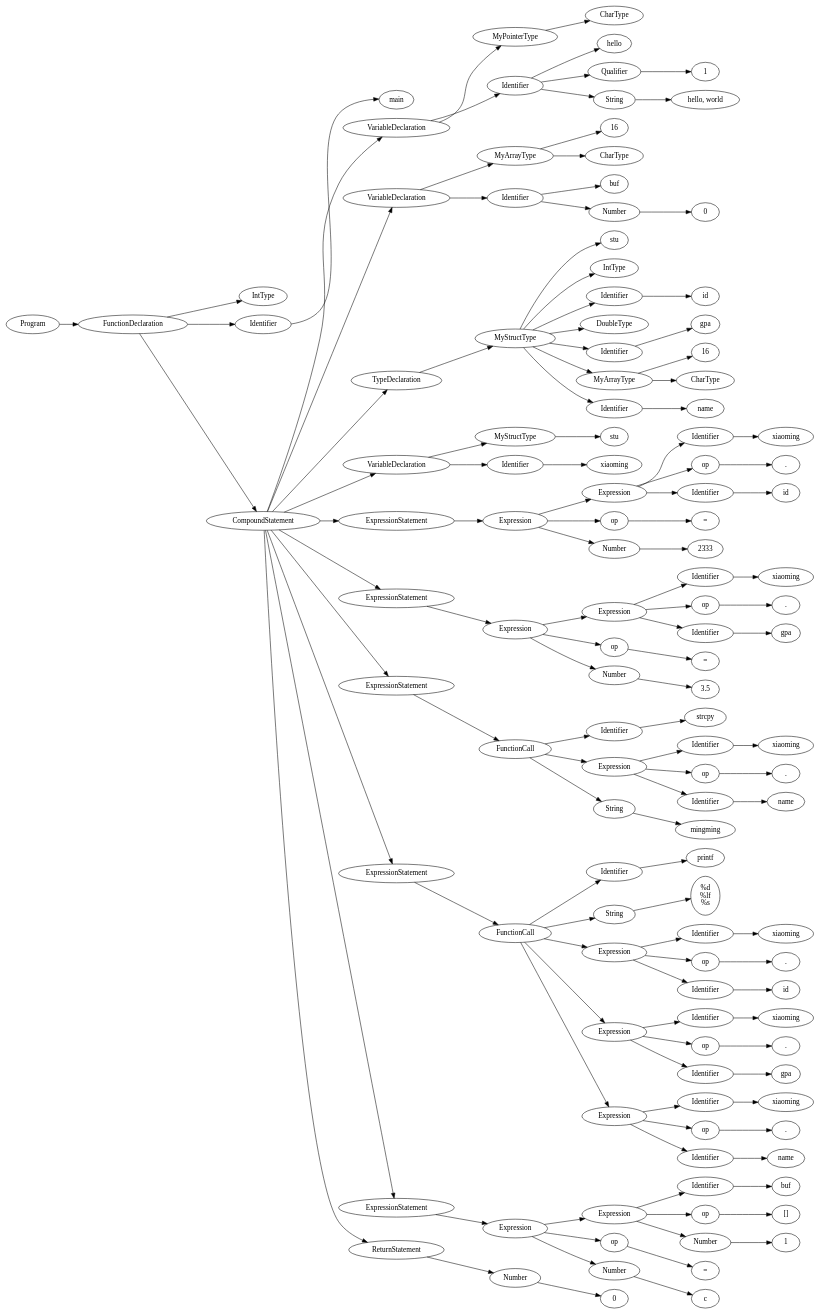
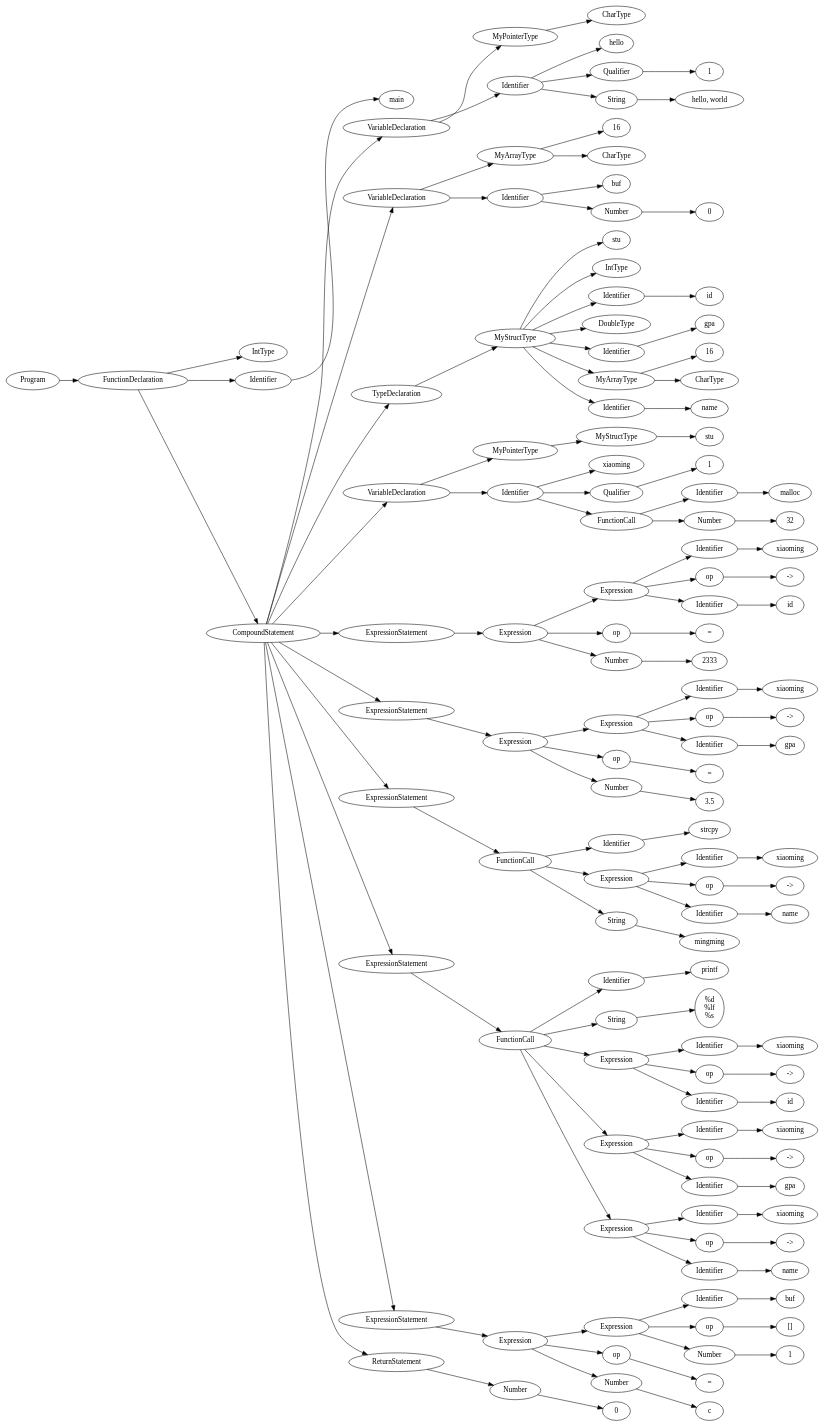
Before and after one commit to Esifiel/compiler: the diagram in src/tmp/ast_auto-advisor.dot, drawn with Graphviz. The commit also changed 14 other files, not shown here.

```diff
--- a/src/tmp/ast_auto-advisor.dot
+++ b/src/tmp/ast_auto-advisor.dot
@@ -76,102 +76,118 @@
 	Identifier35 -> name
 	VariableDeclaration37 [label=VariableDeclaration]
 	CompoundStatement -> VariableDeclaration37
-	MyStructType38 [label=MyStructType]
-	VariableDeclaration37 -> MyStructType38
-	stu39 [label=stu]
-	MyStructType38 -> stu39
-	Identifier40 [label=Identifier]
-	VariableDeclaration37 -> Identifier40
+	MyPointerType38 [label=MyPointerType]
+	VariableDeclaration37 -> MyPointerType38
+	MyStructType39 [label=MyStructType]
+	MyPointerType38 -> MyStructType39
+	stu40 [label=stu]
+	MyStructType39 -> stu40
+	Identifier41 [label=Identifier]
+	VariableDeclaration37 -> Identifier41
 	xiaoming [label=xiaoming]
-	Identifier40 -> xiaoming
+	Identifier41 -> xiaoming
+	Qualifier43 [label=Qualifier]
+	Identifier41 -> Qualifier43
+	144 [label=1]
+	Qualifier43 -> 144
+	FunctionCall [label=FunctionCall]
+	Identifier41 -> FunctionCall
+	Identifier46 [label=Identifier]
+	FunctionCall -> Identifier46
+	malloc [label=malloc]
+	Identifier46 -> malloc
+	Number48 [label=Number]
+	FunctionCall -> Number48
+	32 [label=32]
+	Number48 -> 32
 	ExpressionStatement [label=ExpressionStatement]
 	CompoundStatement -> ExpressionStatement
 	Expression [label=Expression]
 	ExpressionStatement -> Expression
-	Expression44 [label=Expression]
-	Expression -> Expression44
-	Identifier45 [label=Identifier]
-	Expression44 -> Identifier45
-	xiaoming46 [label=xiaoming]
-	Identifier45 -> xiaoming46
+	Expression52 [label=Expression]
+	Expression -> Expression52
+	Identifier53 [label=Identifier]
+	Expression52 -> Identifier53
+	xiaoming54 [label=xiaoming]
+	Identifier53 -> xiaoming54
 	op [label=op]
-	Expression44 -> op
-	"." [label="."]
-	op -> "."
-	Identifier49 [label=Identifier]
-	Expression44 -> Identifier49
-	id50 [label=id]
-	Identifier49 -> id50
-	op51 [label=op]
-	Expression -> op51
+	Expression52 -> op
+	"->" [label="->"]
+	op -> "->"
+	Identifier57 [label=Identifier]
+	Expression52 -> Identifier57
+	id58 [label=id]
+	Identifier57 -> id58
+	op59 [label=op]
+	Expression -> op59
 	"=" [label="="]
-	op51 -> "="
-	Number53 [label=Number]
-	Expression -> Number53
+	op59 -> "="
+	Number61 [label=Number]
+	Expression -> Number61
 	2333 [label=2333]
-	Number53 -> 2333
-	ExpressionStatement55 [label=ExpressionStatement]
-	CompoundStatement -> ExpressionStatement55
-	Expression56 [label=Expression]
-	ExpressionStatement55 -> Expression56
-	Expression57 [label=Expression]
-	Expression56 -> Expression57
-	Identifier58 [label=Identifier]
-	Expression57 -> Identifier58
-	xiaoming59 [label=xiaoming]
-	Identifier58 -> xiaoming59
-	op60 [label=op]
-	Expression57 -> op60
-	.61 [label="."]
-	op60 -> .61
-	Identifier62 [label=Identifier]
-	Expression57 -> Identifier62
-	gpa63 [label=gpa]
-	Identifier62 -> gpa63
-	op64 [label=op]
-	Expression56 -> op64
-	"=65" [label="="]
-	op64 -> "=65"
-	Number66 [label=Number]
-	Expression56 -> Number66
+	Number61 -> 2333
+	ExpressionStatement63 [label=ExpressionStatement]
+	CompoundStatement -> ExpressionStatement63
+	Expression64 [label=Expression]
+	ExpressionStatement63 -> Expression64
+	Expression65 [label=Expression]
+	Expression64 -> Expression65
+	Identifier66 [label=Identifier]
+	Expression65 -> Identifier66
+	xiaoming67 [label=xiaoming]
+	Identifier66 -> xiaoming67
+	op68 [label=op]
+	Expression65 -> op68
+	"->69" [label="->"]
+	op68 -> "->69"
+	Identifier70 [label=Identifier]
+	Expression65 -> Identifier70
+	gpa71 [label=gpa]
+	Identifier70 -> gpa71
+	op72 [label=op]
+	Expression64 -> op72
+	"=73" [label="="]
+	op72 -> "=73"
+	Number74 [label=Number]
+	Expression64 -> Number74
 	3.5 [label=3.5]
-	Number66 -> 3.5
-	ExpressionStatement68 [label=ExpressionStatement]
-	CompoundStatement -> ExpressionStatement68
-	FunctionCall [label=FunctionCall]
-	ExpressionStatement68 -> FunctionCall
-	Identifier70 [label=Identifier]
-	FunctionCall -> Identifier70
+	Number74 -> 3.5
+	ExpressionStatement76 [label=ExpressionStatement]
+	CompoundStatement -> ExpressionStatement76
+	FunctionCall77 [label=FunctionCall]
+	ExpressionStatement76 -> FunctionCall77
+	Identifier78 [label=Identifier]
+	FunctionCall77 -> Identifier78
 	strcpy [label=strcpy]
-	Identifier70 -> strcpy
-	Expression72 [label=Expression]
-	FunctionCall -> Expression72
-	Identifier73 [label=Identifier]
-	Expression72 -> Identifier73
-	xiaoming74 [label=xiaoming]
-	Identifier73 -> xiaoming74
-	op75 [label=op]
-	Expression72 -> op75
-	.76 [label="."]
-	op75 -> .76
-	Identifier77 [label=Identifier]
-	Expression72 -> Identifier77
-	name78 [label=name]
-	Identifier77 -> name78
-	String79 [label=String]
-	FunctionCall -> String79
+	Identifier78 -> strcpy
+	Expression80 [label=Expression]
+	FunctionCall77 -> Expression80
+	Identifier81 [label=Identifier]
+	Expression80 -> Identifier81
+	xiaoming82 [label=xiaoming]
+	Identifier81 -> xiaoming82
+	op83 [label=op]
+	Expression80 -> op83
+	"->84" [label="->"]
+	op83 -> "->84"
+	Identifier85 [label=Identifier]
+	Expression80 -> Identifier85
+	name86 [label=name]
+	Identifier85 -> name86
+	String87 [label=String]
+	FunctionCall77 -> String87
 	mingming [label=mingming]
-	String79 -> mingming
-	ExpressionStatement81 [label=ExpressionStatement]
-	CompoundStatement -> ExpressionStatement81
-	FunctionCall82 [label=FunctionCall]
-	ExpressionStatement81 -> FunctionCall82
-	Identifier83 [label=Identifier]
-	FunctionCall82 -> Identifier83
+	String87 -> mingming
+	ExpressionStatement89 [label=ExpressionStatement]
+	CompoundStatement -> ExpressionStatement89
+	FunctionCall90 [label=FunctionCall]
+	ExpressionStatement89 -> FunctionCall90
+	Identifier91 [label=Identifier]
+	FunctionCall90 -> Identifier91
 	printf [label=printf]
-	Identifier83 -> printf
-	String85 [label=String]
-	FunctionCall82 -> String85
+	Identifier91 -> printf
+	String93 [label=String]
+	FunctionCall90 -> String93
 	"%d
 %lf
 %s
@@ -179,82 +195,82 @@
 %lf
 %s
 "]
-	String85 -> "%d
+	String93 -> "%d
 %lf
 %s
 "
-	Expression87 [label=Expression]
-	FunctionCall82 -> Expression87
-	Identifier88 [label=Identifier]
-	Expression87 -> Identifier88
-	xiaoming89 [label=xiaoming]
-	Identifier88 -> xiaoming89
-	op90 [label=op]
-	Expression87 -> op90
-	.91 [label="."]
-	op90 -> .91
-	Identifier92 [label=Identifier]
-	Expression87 -> Identifier92
-	id93 [label=id]
-	Identifier92 -> id93
-	Expression94 [label=Expression]
-	FunctionCall82 -> Expression94
-	Identifier95 [label=Identifier]
-	Expression94 -> Identifier95
-	xiaoming96 [label=xiaoming]
-	Identifier95 -> xiaoming96
-	op97 [label=op]
-	Expression94 -> op97
-	.98 [label="."]
-	op97 -> .98
-	Identifier99 [label=Identifier]
-	Expression94 -> Identifier99
-	gpa100 [label=gpa]
-	Identifier99 -> gpa100
-	Expression101 [label=Expression]
-	FunctionCall82 -> Expression101
-	Identifier102 [label=Identifier]
-	Expression101 -> Identifier102
-	xiaoming103 [label=xiaoming]
-	Identifier102 -> xiaoming103
-	op104 [label=op]
-	Expression101 -> op104
-	.105 [label="."]
-	op104 -> .105
-	Identifier106 [label=Identifier]
-	Expression101 -> Identifier106
-	name107 [label=name]
-	Identifier106 -> name107
-	ExpressionStatement108 [label=ExpressionStatement]
-	CompoundStatement -> ExpressionStatement108
+	Expression95 [label=Expression]
+	FunctionCall90 -> Expression95
+	Identifier96 [label=Identifier]
+	Expression95 -> Identifier96
+	xiaoming97 [label=xiaoming]
+	Identifier96 -> xiaoming97
+	op98 [label=op]
+	Expression95 -> op98
+	"->99" [label="->"]
+	op98 -> "->99"
+	Identifier100 [label=Identifier]
+	Expression95 -> Identifier100
+	id101 [label=id]
+	Identifier100 -> id101
+	Expression102 [label=Expression]
+	FunctionCall90 -> Expression102
+	Identifier103 [label=Identifier]
+	Expression102 -> Identifier103
+	xiaoming104 [label=xiaoming]
+	Identifier103 -> xiaoming104
+	op105 [label=op]
+	Expression102 -> op105
+	"->106" [label="->"]
+	op105 -> "->106"
+	Identifier107 [label=Identifier]
+	Expression102 -> Identifier107
+	gpa108 [label=gpa]
+	Identifier107 -> gpa108
 	Expression109 [label=Expression]
-	ExpressionStatement108 -> Expression109
-	Expression110 [label=Expression]
-	Expression109 -> Expression110
-	Identifier111 [label=Identifier]
-	Expression110 -> Identifier111
-	buf112 [label=buf]
-	Identifier111 -> buf112
-	op113 [label=op]
-	Expression110 -> op113
+	FunctionCall90 -> Expression109
+	Identifier110 [label=Identifier]
+	Expression109 -> Identifier110
+	xiaoming111 [label=xiaoming]
+	Identifier110 -> xiaoming111
+	op112 [label=op]
+	Expression109 -> op112
+	"->113" [label="->"]
+	op112 -> "->113"
+	Identifier114 [label=Identifier]
+	Expression109 -> Identifier114
+	name115 [label=name]
+	Identifier114 -> name115
+	ExpressionStatement116 [label=ExpressionStatement]
+	CompoundStatement -> ExpressionStatement116
+	Expression117 [label=Expression]
+	ExpressionStatement116 -> Expression117
+	Expression118 [label=Expression]
+	Expression117 -> Expression118
+	Identifier119 [label=Identifier]
+	Expression118 -> Identifier119
+	buf120 [label=buf]
+	Identifier119 -> buf120
+	op121 [label=op]
+	Expression118 -> op121
 	"[]" [label="[]"]
-	op113 -> "[]"
-	Number115 [label=Number]
-	Expression110 -> Number115
-	1116 [label=1]
-	Number115 -> 1116
-	op117 [label=op]
-	Expression109 -> op117
-	"=118" [label="="]
-	op117 -> "=118"
-	Number119 [label=Number]
-	Expression109 -> Number119
+	op121 -> "[]"
+	Number123 [label=Number]
+	Expression118 -> Number123
+	1124 [label=1]
+	Number123 -> 1124
+	op125 [label=op]
+	Expression117 -> op125
+	"=126" [label="="]
+	op125 -> "=126"
+	Number127 [label=Number]
+	Expression117 -> Number127
 	c [label=c]
-	Number119 -> c
+	Number127 -> c
 	ReturnStatement [label=ReturnStatement]
 	CompoundStatement -> ReturnStatement
-	Number122 [label=Number]
-	ReturnStatement -> Number122
-	0123 [label=0]
-	Number122 -> 0123
+	Number130 [label=Number]
+	ReturnStatement -> Number130
+	0131 [label=0]
+	Number130 -> 0131
 }
```
